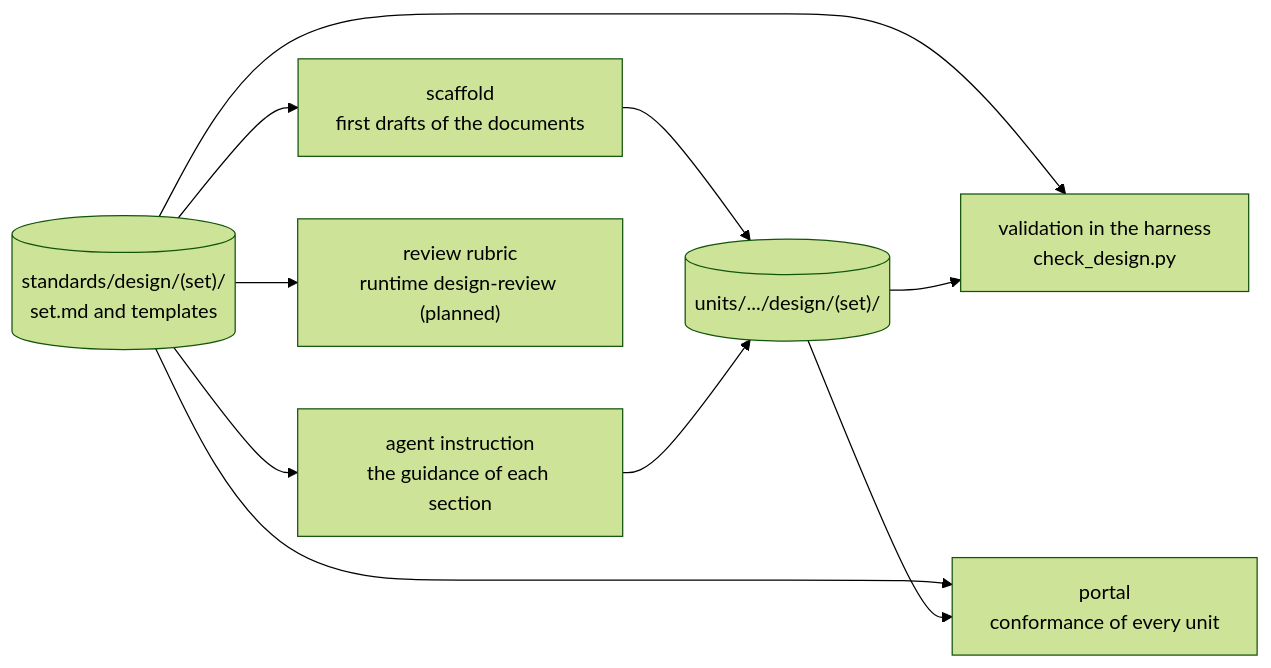
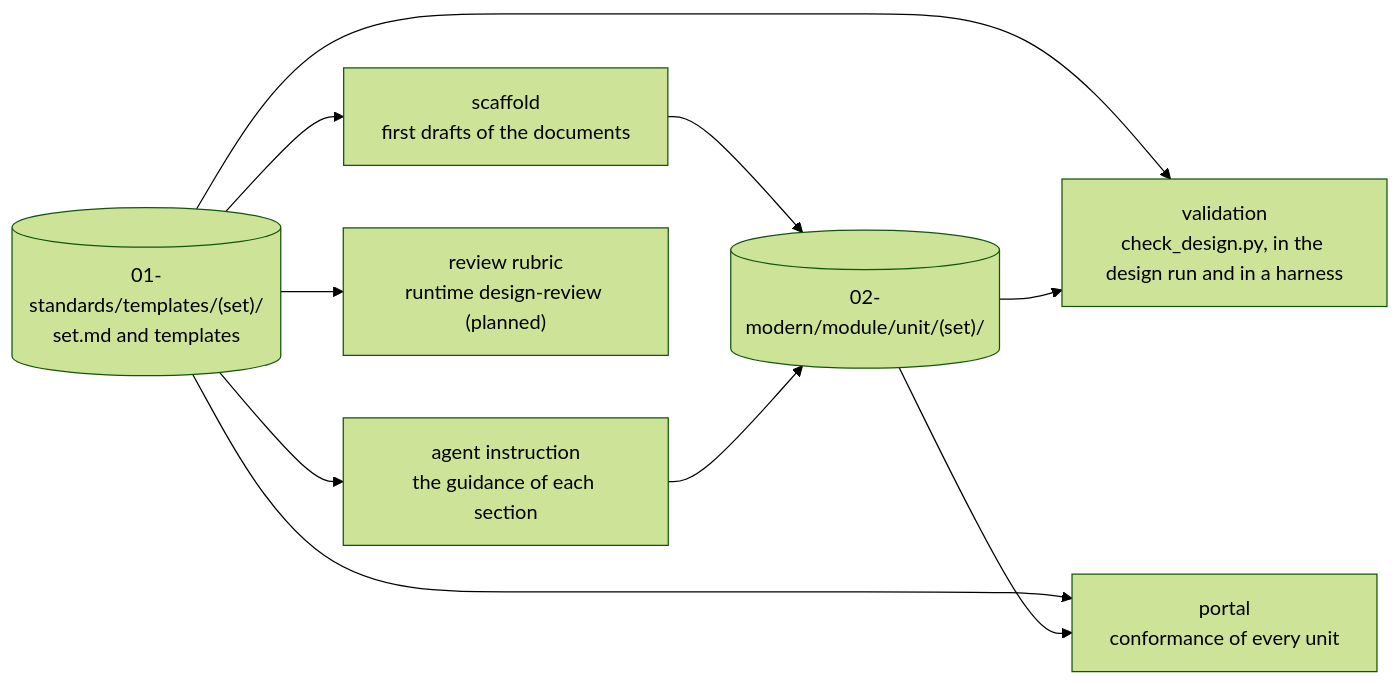
One commit to evoelsewhere/kintsugi changed the diagram in docs/reference/design-templates.md. Above: the diagram before and after it, drawn with Mermaid (forest theme). The commit also changed other lines of this file and 318 other files, not shown here.

````diff
--- a/docs/reference/design-templates.md
+++ b/docs/reference/design-templates.md
@@ -7,13 +7,13 @@
 ```mermaid
 flowchart LR
-  def[("standards/design/(set)/<br/>set.md and templates")]
+  def[("01-standards/templates/(set)/<br/>set.md and templates")]
   def --> scaffold["scaffold<br/>first drafts of the documents"]
   def --> agent["agent instruction<br/>the guidance of each section"]
-  def --> member["validation in the harness<br/>check_design.py"]
+  def --> member["validation<br/>check_design.py, in the design run and in a harness"]
   def --> review["review rubric<br/>runtime design-review (planned)"]
   def --> portal["portal<br/>conformance of every unit"]
-  scaffold --> doc[("units/.../design/(set)/")]
+  scaffold --> doc[("02-modern/module/unit/(set)/")]
   agent --> doc
   doc --> member
   doc --> portal
 ```
````
